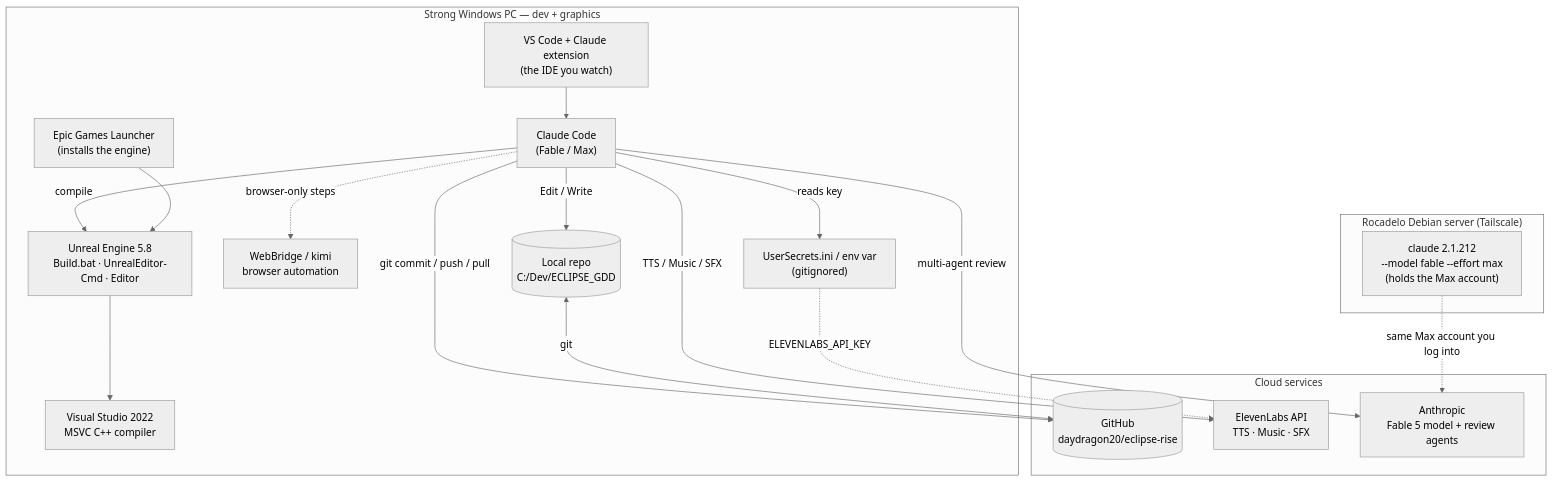
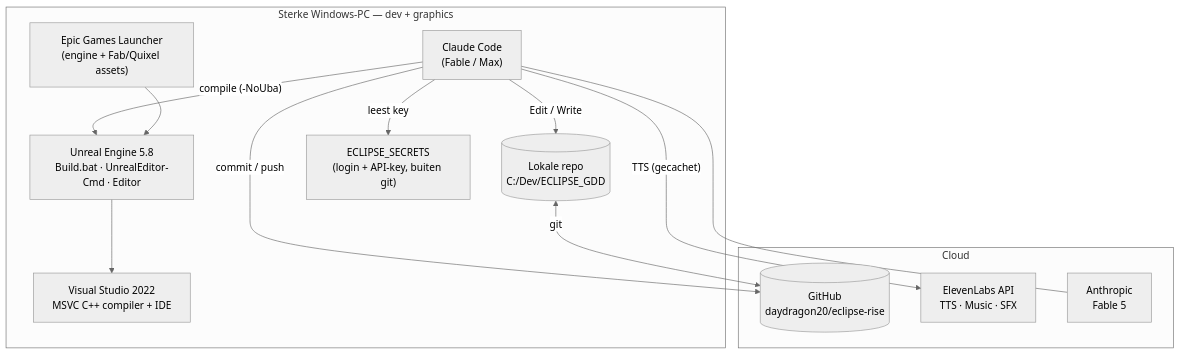
One commit to daydragon20/eclipse-rise changed the first of 2 diagrams in MIGRATION_TO_STRONG_PC.md. Above: the diagram before and after it, drawn with Mermaid (neutral theme). The commit also changed other lines of this file and 7 other files, not shown here.

First line of the commit message:
[Repo] Rewrite the strong-PC migration playbook as a day-one bootstrap (GDD 14.1)

````diff
--- a/MIGRATION_TO_STRONG_PC.md
+++ b/MIGRATION_TO_STRONG_PC.md
@@ -41,35 +161,25 @@
 ```mermaid
 graph TB
-  subgraph PC["Strong Windows PC — dev + graphics"]
+  subgraph PC["Sterke Windows-PC — dev + graphics"]
     CC["Claude Code<br/>(Fable / Max)"]
-    VSC["VS Code + Claude extension<br/>(the IDE you watch)"]
-    VS["Visual Studio 2022<br/>MSVC C++ compiler"]
+    VS["Visual Studio 2022<br/>MSVC C++ compiler + IDE"]
     UE["Unreal Engine 5.8<br/>Build.bat · UnrealEditor-Cmd · Editor"]
-    EL["Epic Games Launcher<br/>(installs the engine)"]
-    KIMI["WebBridge / kimi<br/>browser automation"]
-    REPO[("Local repo<br/>C:/Dev/ECLIPSE_GDD")]
-    SEC["UserSecrets.ini / env var<br/>(gitignored)"]
+    EL["Epic Games Launcher<br/>(engine + Fab/Quixel assets)"]
+    REPO[("Lokale repo<br/>C:/Dev/ECLIPSE_GDD")]
+    SEC["ECLIPSE_SECRETS<br/>(login + API-key, buiten git)"]
   end
-  subgraph CLOUD["Cloud services"]
+  subgraph CLOUD["Cloud"]
     GH[("GitHub<br/>daydragon20/eclipse-rise")]
     ELAPI["ElevenLabs API<br/>TTS · Music · SFX"]
-    ANTH["Anthropic<br/>Fable 5 model + review agents"]
+    ANTH["Anthropic<br/>Fable 5"]
   end
-  subgraph SRV["Rocadelo Debian server (Tailscale)"]
-    SC["claude 2.1.212<br/>--model fable --effort max<br/>(holds the Max account)"]
-  end
-
-  VSC --> CC
   CC -->|"Edit / Write"| REPO
-  CC -->|"compile"| UE
+  CC -->|"compile (-NoUba)"| UE
   UE --> VS
   EL --> UE
-  CC -->|"multi-agent review"| ANTH
-  CC -->|"git commit / push / pull"| GH
+  CC -->|"commit / push"| GH
   REPO <-->|"git"| GH
-  CC -->|"reads key"| SEC
-  CC -->|"TTS / Music / SFX"| ELAPI
-  SEC -.->|"ELEVENLABS_API_KEY"| ELAPI
-  CC -.->|"browser-only steps"| KIMI
-  SC -.->|"same Max account you log into"| ANTH
+  CC -->|"leest key"| SEC
+  CC -->|"TTS (gecachet)"| ELAPI
+  CC --- ANTH
 ```
````
